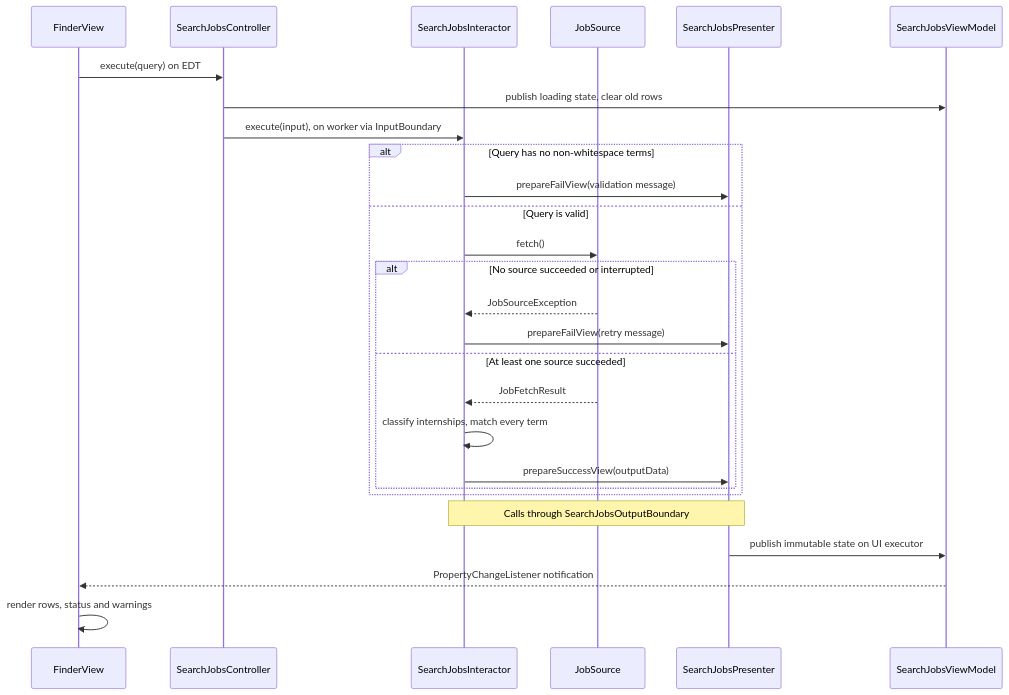
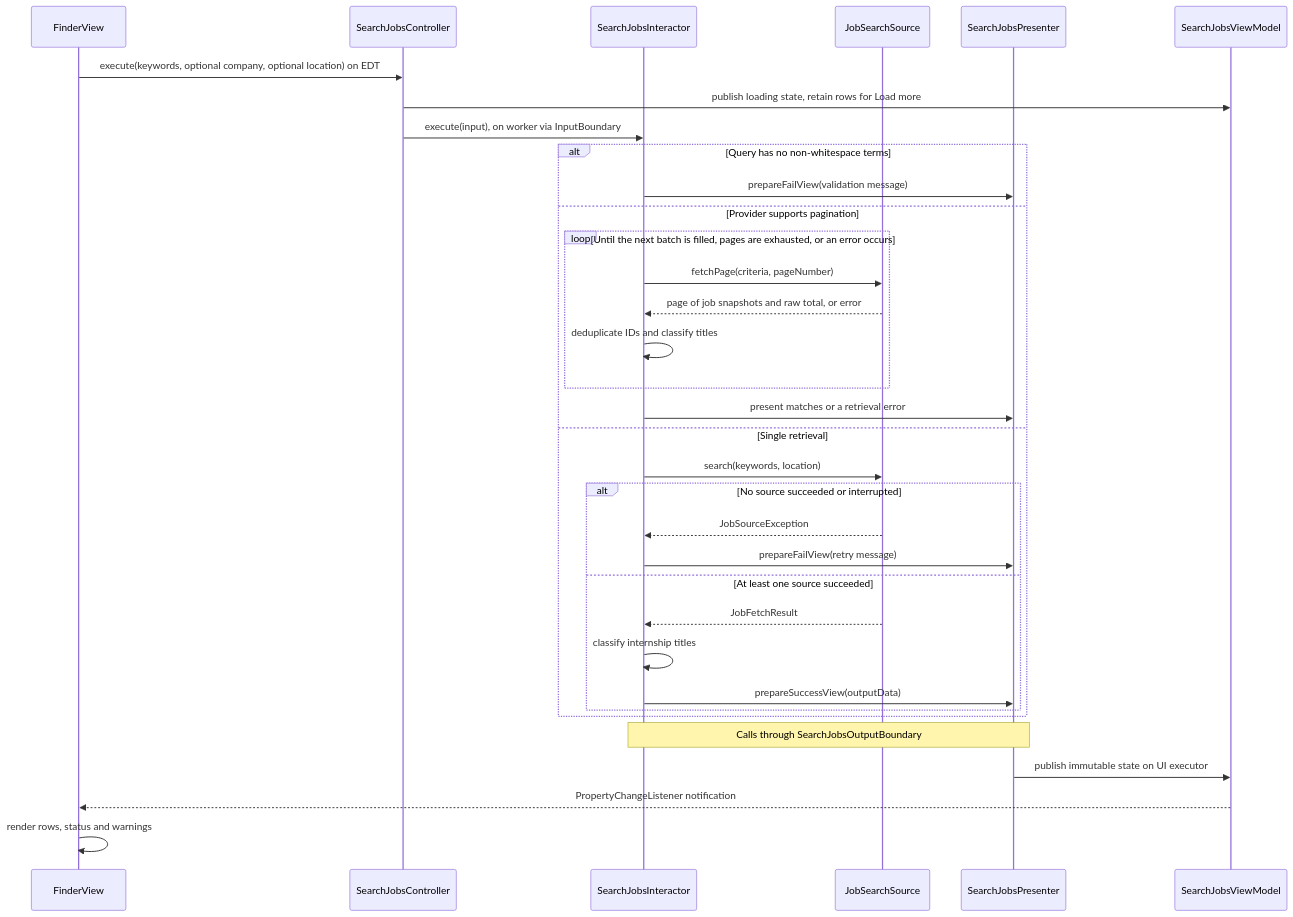
One commit to CSC207-2025F-UofT/team-project changed the second of 2 diagrams in docs/design/finder.md. Above: the diagram before and after it, drawn with Mermaid. The commit also changed other lines of this file and 23 other files, not shown here.

Commit message:
Add paginated Jooble internship search and Greenhouse company selection

````diff
--- a/docs/design/finder.md
+++ b/docs/design/finder.md
@@ -54,29 +58,36 @@
 ```mermaid
 sequenceDiagram
 participant V as FinderView
 participant C as SearchJobsController
 participant I as SearchJobsInteractor
-participant D as JobSource
+participant D as JobSearchSource
 participant P as SearchJobsPresenter
 participant M as SearchJobsViewModel
-V->>C: execute(query) on EDT
-C->>M: publish loading state, clear old rows
+V->>C: execute(keywords, optional company, optional location) on EDT
+C->>M: publish loading state, retain rows for Load more
 C->>I: execute(input), on worker via InputBoundary
 alt Query has no non-whitespace terms
     I->>P: prepareFailView(validation message)
-else Query is valid
-    I->>D: fetch()
+else Provider supports pagination
+    loop Until the next batch is filled, pages are exhausted, or an error occurs
+        I->>D: fetchPage(criteria, pageNumber)
+        D-->>I: page of job snapshots and raw total, or error
+        I->>I: deduplicate IDs and classify titles
+    end
+    I->>P: present matches or a retrieval error
+else Single retrieval
+    I->>D: search(keywords, location)
     alt No source succeeded or interrupted
         D-->>I: JobSourceException
         I->>P: prepareFailView(retry message)
     else At least one source succeeded
         D-->>I: JobFetchResult
-        I->>I: classify internships, match every term
+        I->>I: classify internship titles
         I->>P: prepareSuccessView(outputData)
     end
 end
 Note over I,P: Calls through SearchJobsOutputBoundary
 P->>M: publish immutable state on UI executor
 M-->>V: PropertyChangeListener notification
 V->>V: render rows, status and warnings
 ```
````
